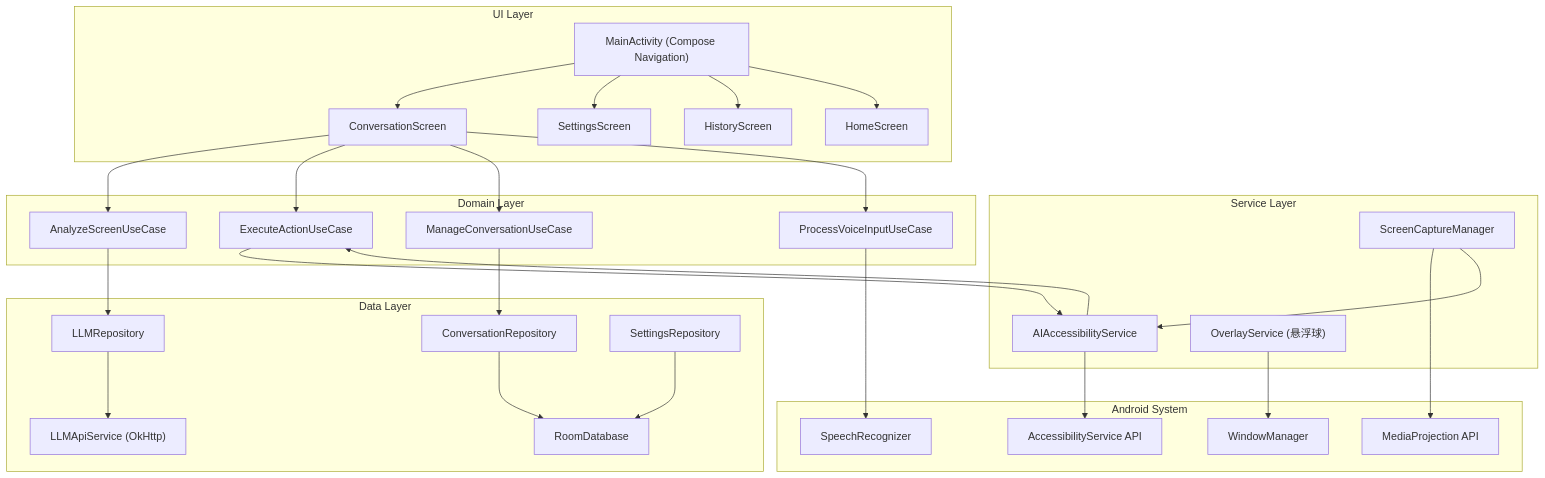
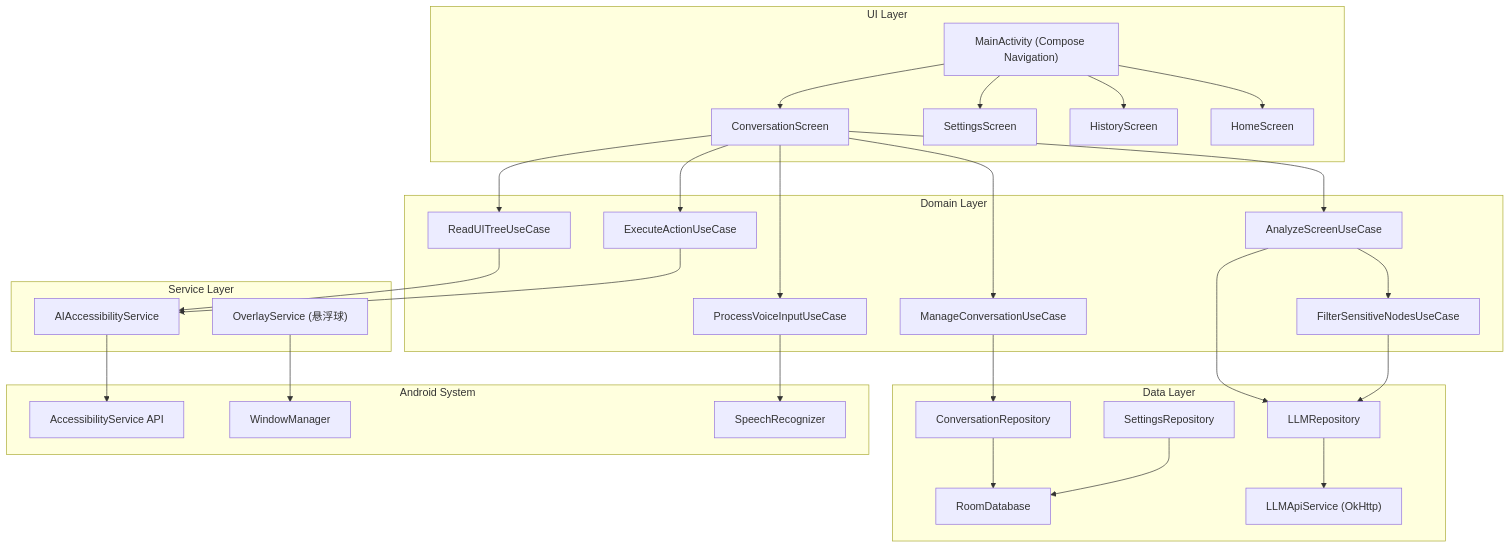
The first of 2 diagrams in .monkeycode/specs/ai-screen-assistant/design.md (1606143816/AIScreenAssistant), drawn with Mermaid before and after one commit. The commit also changed other lines of this file and 2 other files, not shown here.

First line of the commit message:
refactor: switch from screenshot to UI tree reading via AccessibilityService

````diff
--- a/.monkeycode/specs/ai-screen-assistant/design.md
+++ b/.monkeycode/specs/ai-screen-assistant/design.md
@@ -14,59 +14,60 @@
 ```mermaid
 graph TD
     subgraph "UI Layer"
         A["MainActivity (Compose Navigation)"]
         B["ConversationScreen"]
         C["SettingsScreen"]
         D["HistoryScreen"]
         E["HomeScreen"]
     end
 
     subgraph "Service Layer"
         F["AIAccessibilityService"]
         G["OverlayService (悬浮球)"]
-        H["ScreenCaptureManager"]
     end
 
     subgraph "Domain Layer"
+        H["ReadUITreeUseCase"]
         I["AnalyzeScreenUseCase"]
         J["ExecuteActionUseCase"]
         K["ManageConversationUseCase"]
         L["ProcessVoiceInputUseCase"]
+        M["FilterSensitiveNodesUseCase"]
     end
 
     subgraph "Data Layer"
-        M["LLMRepository"]
-        N["ConversationRepository"]
-        O["SettingsRepository"]
-        P["RoomDatabase"]
-        Q["LLMApiService (OkHttp)"]
+        N["LLMRepository"]
+        O["ConversationRepository"]
+        P["SettingsRepository"]
+        Q["RoomDatabase"]
+        R["LLMApiService (OkHttp)"]
     end
 
     subgraph "Android System"
-        R["MediaProjection API"]
         S["AccessibilityService API"]
         T["WindowManager"]
         U["SpeechRecognizer"]
     end
 
     A --> B
     A --> C
     A --> D
     A --> E
+    B --> H
     B --> I
     B --> J
     B --> K
     B --> L
+    H --> F
+    J --> F
     I --> M
-    J --> F
-    K --> N
+    I --> N
+    K --> O
     L --> U
-    M --> Q
-    N --> P
-    O --> P
+    M --> N
+    N --> R
+    O --> Q
+    P --> Q
     F --> S
     G --> T
-    H --> R
-    H --> F
-    F --> J
 ```
````
